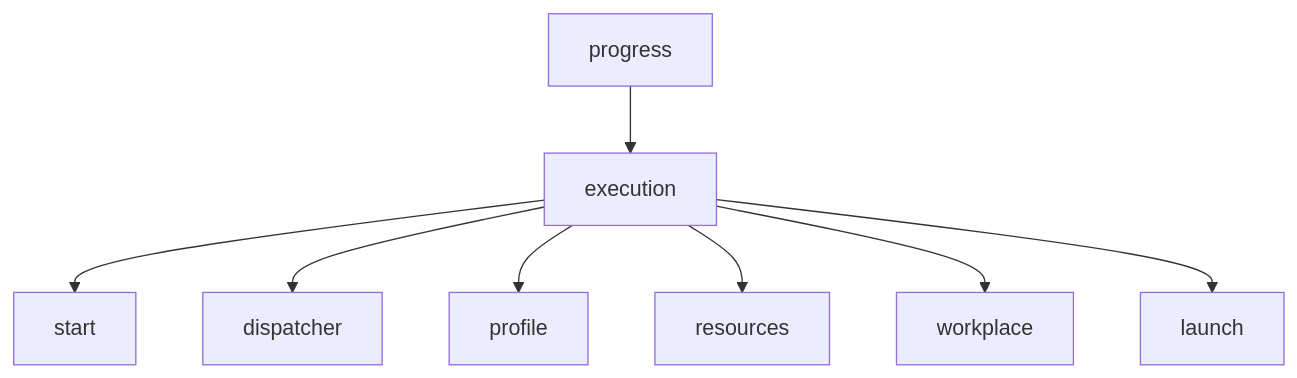
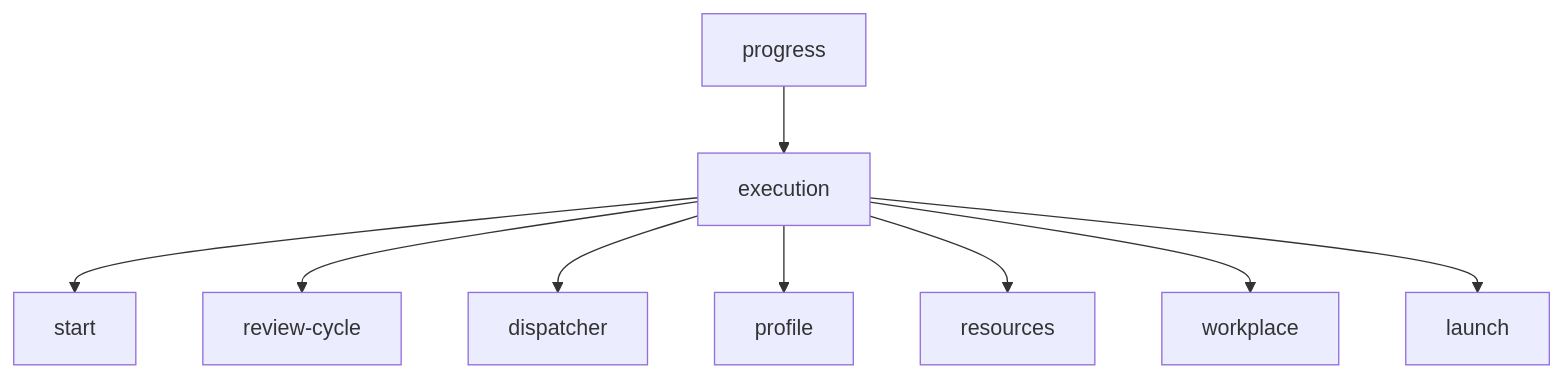
One commit to rasungatullin/progress changed the first of 8 diagrams in docs/contours/execution/CLI.md. Above: the diagram before and after it, drawn with Mermaid. The commit also changed other lines of this file and 3 other files, not shown here.

Commit message:
Move review cycle to dedicated command

````diff
--- a/docs/contours/execution/CLI.md
+++ b/docs/contours/execution/CLI.md
@@ -248,10 +258,11 @@
 ```mermaid
 flowchart TD
     A[progress] --> B[execution]
     B --> C[start]
-    B --> D[dispatcher]
-    B --> E[profile]
-    B --> F[resources]
-    B --> G[workplace]
-    B --> H[launch]
+    B --> D[review-cycle]
+    B --> E[dispatcher]
+    B --> F[profile]
+    B --> G[resources]
+    B --> H[workplace]
+    B --> I[launch]
 ```
````
